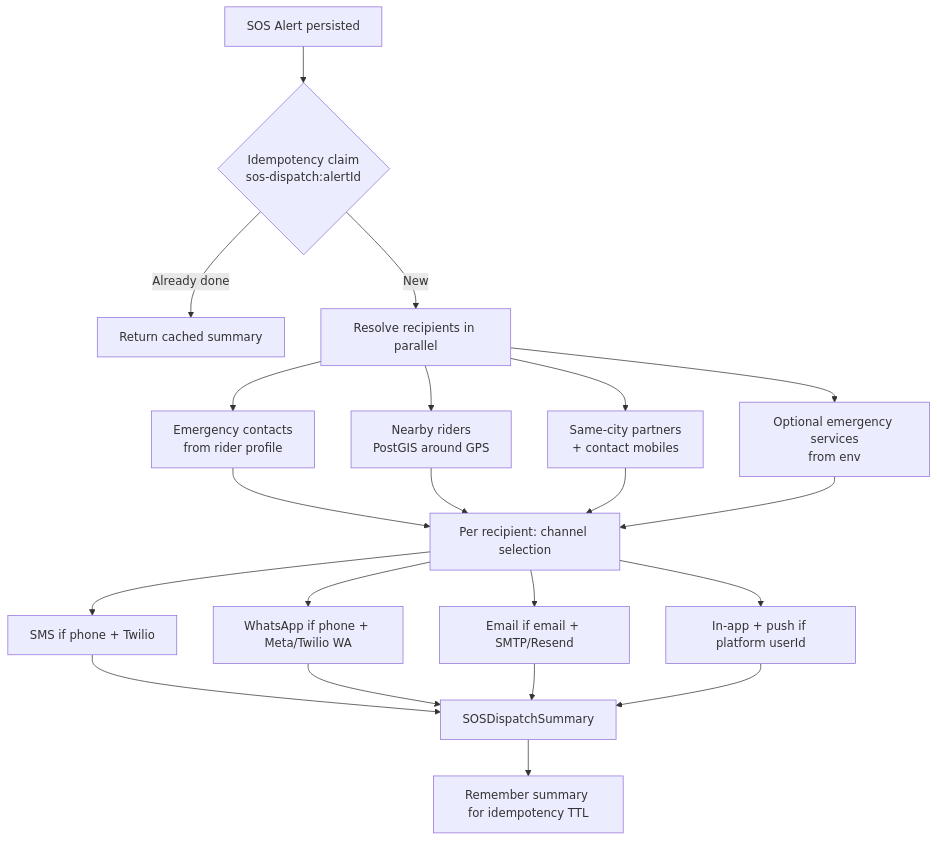
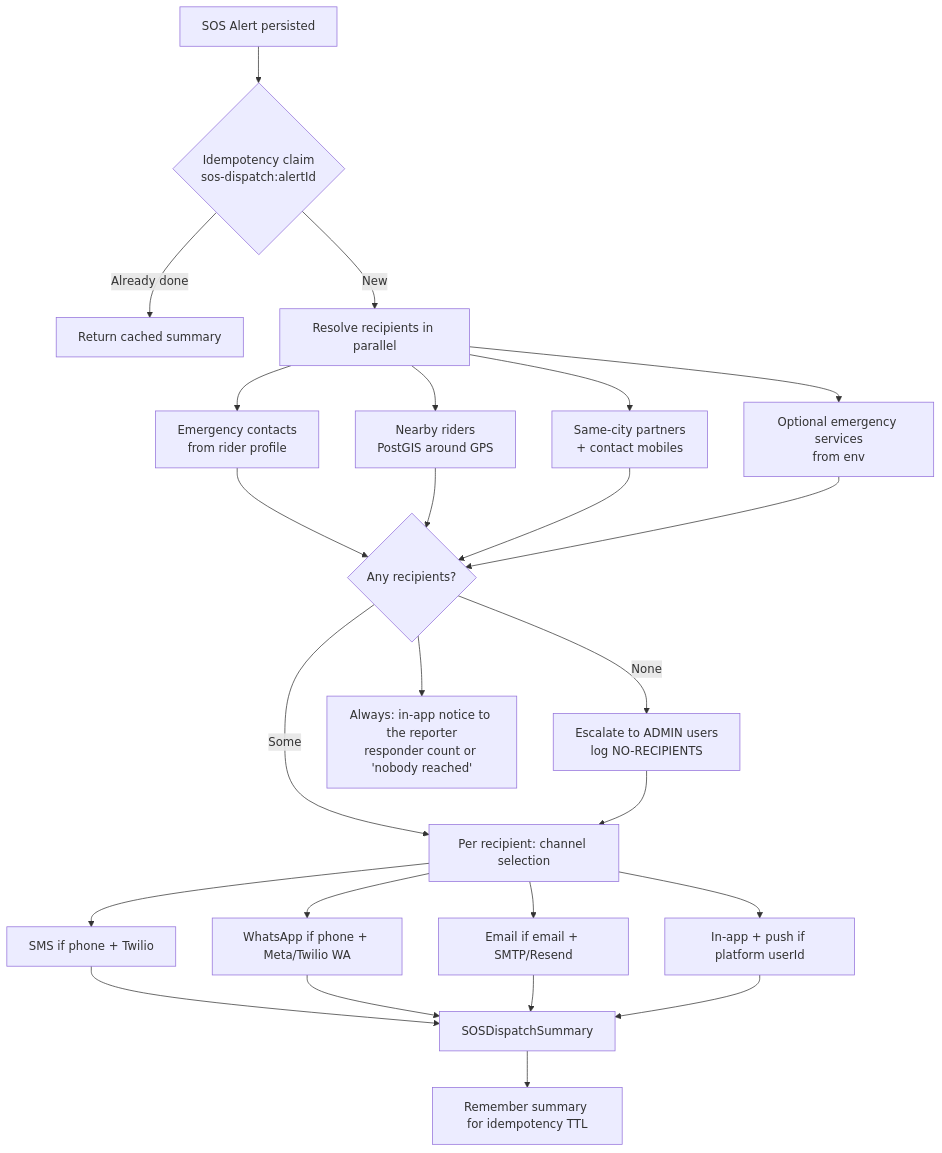
Before and after one commit to RiteshKumarNitk/bikie: the third of 7 diagrams in .docs/SOS.md, drawn with Mermaid. The commit also changed other lines of this file and 21 other files, not shown here.

````diff
--- a/.docs/SOS.md
+++ b/.docs/SOS.md
@@ -73,27 +85,33 @@
 ```mermaid
 flowchart TB
   Alert[SOS Alert persisted] --> Idem{Idempotency claim<br/>sos-dispatch:alertId}
   Idem -->|Already done| Replay[Return cached summary]
   Idem -->|New| Resolve[Resolve recipients in parallel]
 
   Resolve --> EC[Emergency contacts<br/>from rider profile]
   Resolve --> NR[Nearby riders<br/>PostGIS around GPS]
   Resolve --> SP[Same-city partners<br/>+ contact mobiles]
   Resolve --> ES[Optional emergency services<br/>from env]
 
-  EC --> Chan
-  NR --> Chan
-  SP --> Chan
-  ES --> Chan
+  EC --> Count{Any recipients?}
+  NR --> Count
+  SP --> Count
+  ES --> Count
+
+  Count -->|None| Esc[Escalate to ADMIN users<br/>log NO-RECIPIENTS]
+  Count -->|Some| Chan
+  Esc --> Chan
+
+  Count --> Self[Always: in-app notice to the reporter<br/>responder count or 'nobody reached']
 
   Chan[Per recipient: channel selection] --> SMS[SMS if phone + Twilio]
   Chan --> WA[WhatsApp if phone + Meta/Twilio WA]
   Chan --> EM[Email if email + SMTP/Resend]
   Chan --> APP[In-app + push if platform userId]
 
   SMS --> Sum[SOSDispatchSummary]
   WA --> Sum
   EM --> Sum
   APP --> Sum
   Sum --> Remember[Remember summary for idempotency TTL]
 ```
````
